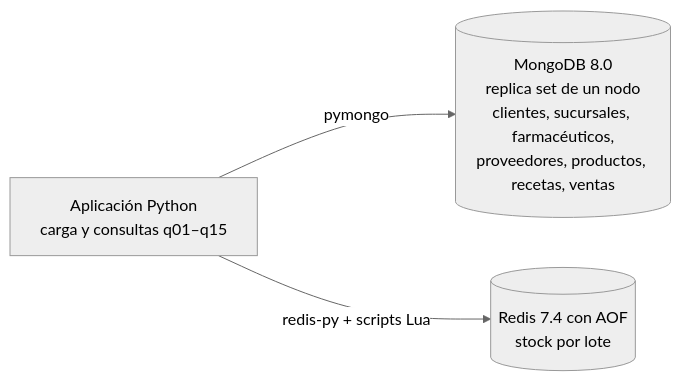
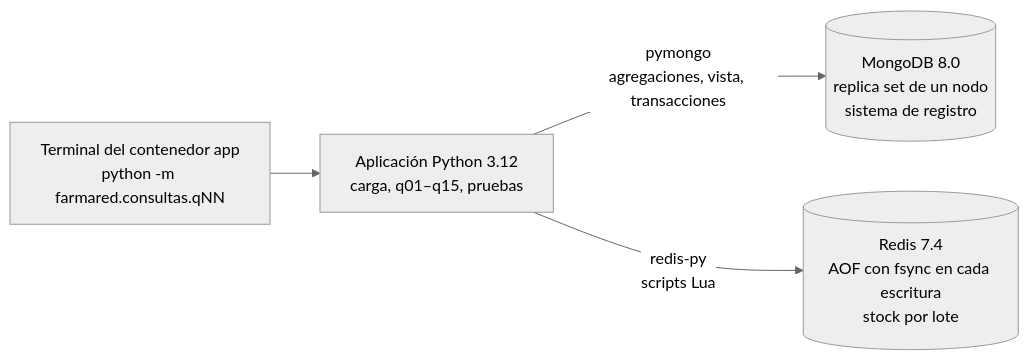
One commit to franciscocostaa/TPO-BD2 changed the first of 4 diagrams in docs/informe.md. Above: the diagram before and after it, drawn with Mermaid (neutral theme). The commit also changed other lines of this file and 1 other file, not shown here.

````diff
--- a/docs/informe.md
+++ b/docs/informe.md
@@ -31,6 +87,7 @@
 ```mermaid
 flowchart LR
-    A["Aplicación Python<br/>carga y consultas q01–q15"]
-    A -- "pymongo" --> M[("MongoDB 8.0<br/>replica set de un nodo<br/>clientes, sucursales, farmacéuticos,<br/>proveedores, productos, recetas, ventas")]
-    A -- "redis-py + scripts Lua" --> R[("Redis 7.4 con AOF<br/>stock por lote")]
+    U["Terminal del contenedor app<br/>python -m farmared.consultas.qNN"] --> A
+    A["Aplicación Python 3.12<br/>carga, q01–q15, pruebas"]
+    A -- "pymongo<br/>agregaciones, vista, transacciones" --> M[("MongoDB 8.0<br/>replica set de un nodo<br/>sistema de registro")]
+    A -- "redis-py<br/>scripts Lua" --> R[("Redis 7.4<br/>AOF con fsync en cada escritura<br/>stock por lote")]
 ```
````
